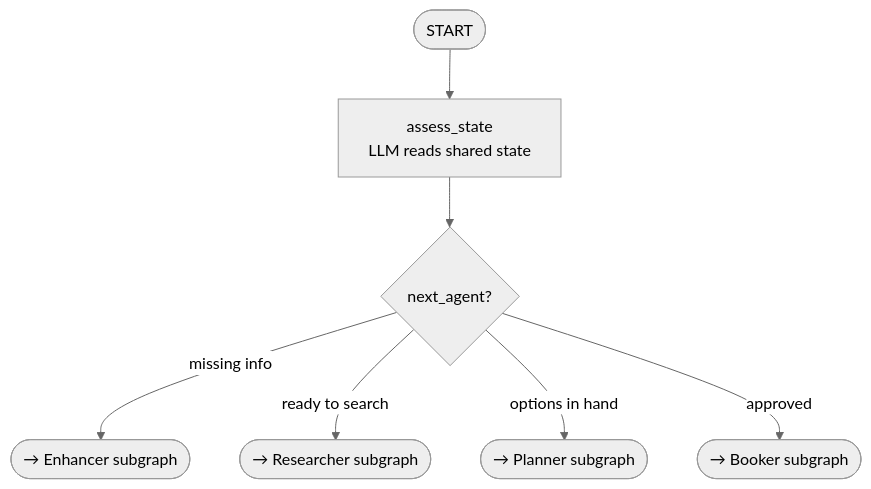
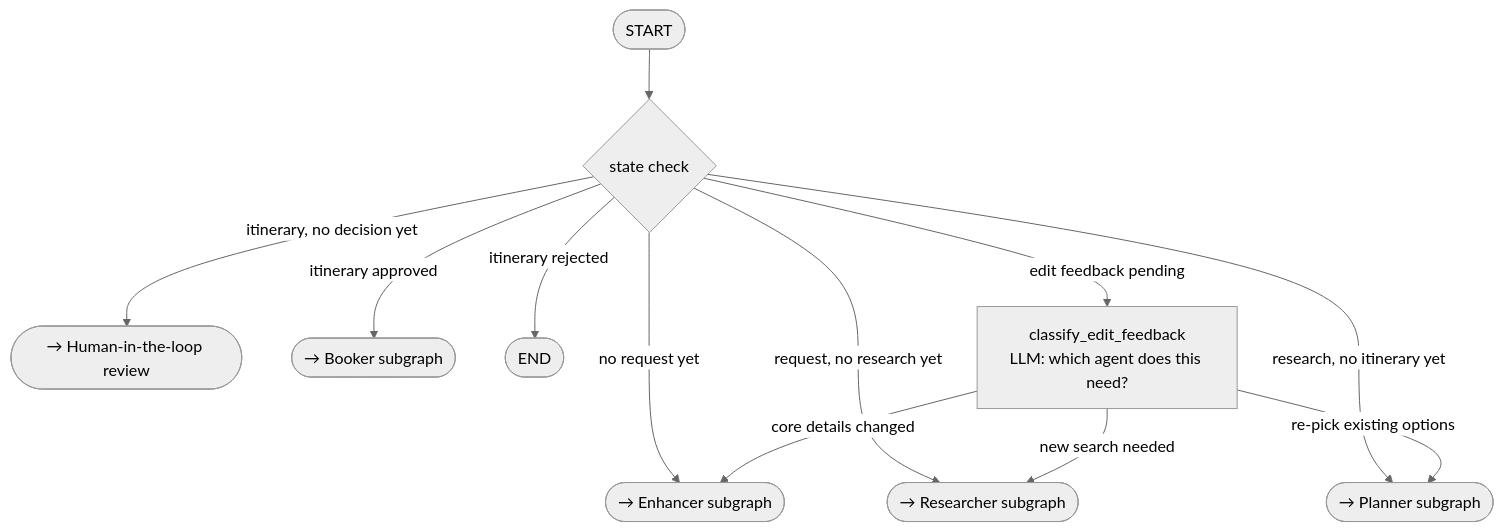
Before and after one commit to Minal18/ai-trip-planner-chatbot: the fourth of 9 diagrams in docs/architecture.md, drawn with Mermaid (neutral theme). The commit also changed other lines of this file, not shown here.

Commit message:
Fix HITL edit-feedback routing: goes through Supervisor for classification, not directly to Planner

````diff
--- a/docs/architecture.md
+++ b/docs/architecture.md
@@ -219,9 +239,14 @@
 ```mermaid
 graph TD
-    Start([START]) --> Assess[assess_state<br/>LLM reads shared state]
-    Assess --> Decide{next_agent?}
-    Decide -->|missing info| ToEnhancer([→ Enhancer subgraph])
-    Decide -->|ready to search| ToResearcher([→ Researcher subgraph])
-    Decide -->|options in hand| ToPlanner([→ Planner subgraph])
-    Decide -->|approved| ToBooker([→ Booker subgraph])
+    Start([START]) --> Decide{state check}
+    Decide -->|no request yet| ToEnhancer([→ Enhancer subgraph])
+    Decide -->|request, no research yet| ToResearcher([→ Researcher subgraph])
+    Decide -->|research, no itinerary yet| ToPlanner([→ Planner subgraph])
+    Decide -->|itinerary, no decision yet| ToHITL([→ Human-in-the-loop review])
+    Decide -->|itinerary approved| ToBooker([→ Booker subgraph])
+    Decide -->|itinerary rejected| End([END])
+    Decide -->|edit feedback pending| Classify[classify_edit_feedback<br/>LLM: which agent does this need?]
+    Classify -->|core details changed| ToEnhancer
+    Classify -->|new search needed| ToResearcher
+    Classify -->|re-pick existing options| ToPlanner
 ```
````
